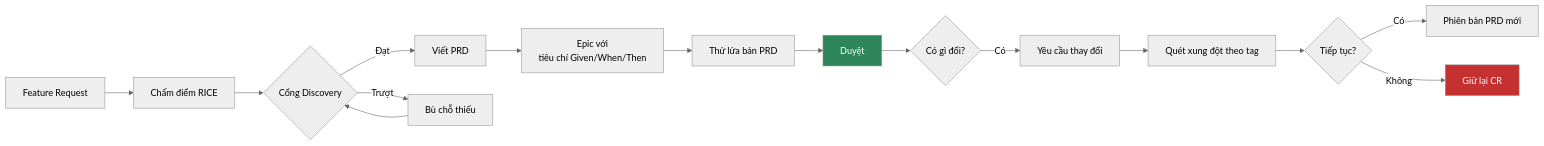
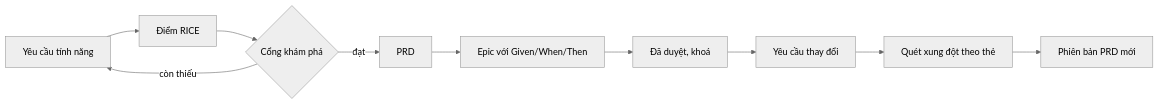
Before and after one commit to Nhat-Nguyet/product-skill-jev: the diagram in _readmes/README.vi.md, drawn with Mermaid (neutral theme). The commit also changed other lines of this file and 6 other files, not shown here.

````diff
--- a/_readmes/README.vi.md
+++ b/_readmes/README.vi.md
@@ -152,20 +93,12 @@
 ```mermaid
 graph LR
-    FR[Feature Request] --> RICE[Chấm điểm RICE]
-    RICE --> Gate{Cổng Discovery}
-    Gate -->|Đạt| PRD[Viết PRD]
-    Gate -->|Trượt| Fix[Bù chỗ thiếu]
-    Fix --> Gate
-    PRD --> Epics[Epic với\ntiêu chí Given/When/Then]
-    Epics --> Grill[Thử lửa bản PRD]
-    Grill --> Approve[Duyệt]
-    Approve --> Change{Có gì đổi?}
-    Change -->|Có| CR[Yêu cầu thay đổi]
-    CR --> Scan[Quét xung đột theo tag]
-    Scan --> Confirm{Tiếp tục?}
-    Confirm -->|Có| Apply[Phiên bản PRD mới]
-    Confirm -->|Không| Hold[Giữ lại CR]
-
-    style Approve fill:#2f855a,color:#fff
-    style Hold fill:#c53030,color:#fff
+    FR[Yêu cầu tính năng] --> RICE[Điểm RICE]
+    RICE --> Gate{Cổng khám phá}
+    Gate -->|đạt| PRD[PRD]
+    Gate -->|còn thiếu| FR
+    PRD --> Epics[Epic với Given/When/Then]
+    Epics --> Approve[Đã duyệt, khoá]
+    Approve --> CR[Yêu cầu thay đổi]
+    CR --> Scan[Quét xung đột theo thẻ]
+    Scan --> V2[Phiên bản PRD mới]
 ```
````
